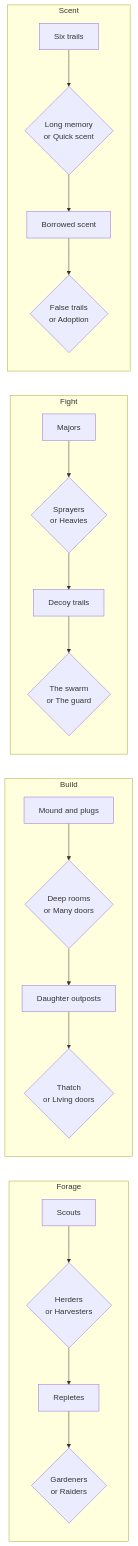
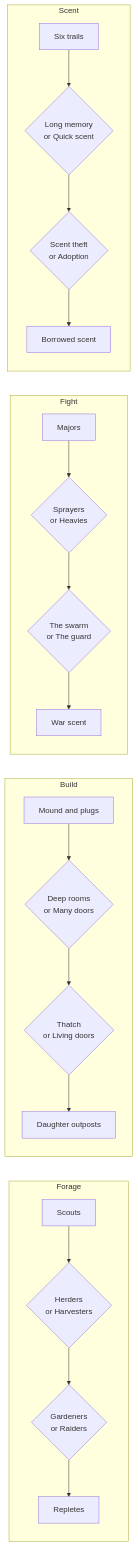
Before and after one commit to adam0white/games: the second of 2 diagrams in docs/design/colony/13-full-game.md, drawn with Mermaid. The commit also changed other lines of this file, not shown here.

````diff
--- a/docs/design/colony/13-full-game.md
+++ b/docs/design/colony/13-full-game.md
@@ -98,15 +109,15 @@
 ```mermaid
 flowchart LR
   subgraph Forage
-    F1[Scouts] --> F2{Herders<br/>or Harvesters} --> F3[Repletes] --> F4{Gardeners<br/>or Raiders}
+    F1[Scouts] --> F2{Herders<br/>or Harvesters} --> F3{Gardeners<br/>or Raiders} --> F4[Repletes]
   end
   subgraph Build
-    B1[Mound and plugs] --> B2{Deep rooms<br/>or Many doors} --> B3[Daughter outposts] --> B4{Thatch<br/>or Living doors}
+    B1[Mound and plugs] --> B2{Deep rooms<br/>or Many doors} --> B3{Thatch<br/>or Living doors} --> B4[Daughter outposts]
   end
   subgraph Fight
-    C1[Majors] --> C2{Sprayers<br/>or Heavies} --> C3[Decoy trails] --> C4{The swarm<br/>or The guard}
+    C1[Majors] --> C2{Sprayers<br/>or Heavies} --> C3{The swarm<br/>or The guard} --> C4[War scent]
   end
   subgraph Scent
-    S1[Six trails] --> S2{Long memory<br/>or Quick scent} --> S3[Borrowed scent] --> S4{False trails<br/>or Adoption}
+    S1[Six trails] --> S2{Long memory<br/>or Quick scent} --> S3{Scent theft<br/>or Adoption} --> S4[Borrowed scent]
   end
 ```
````
